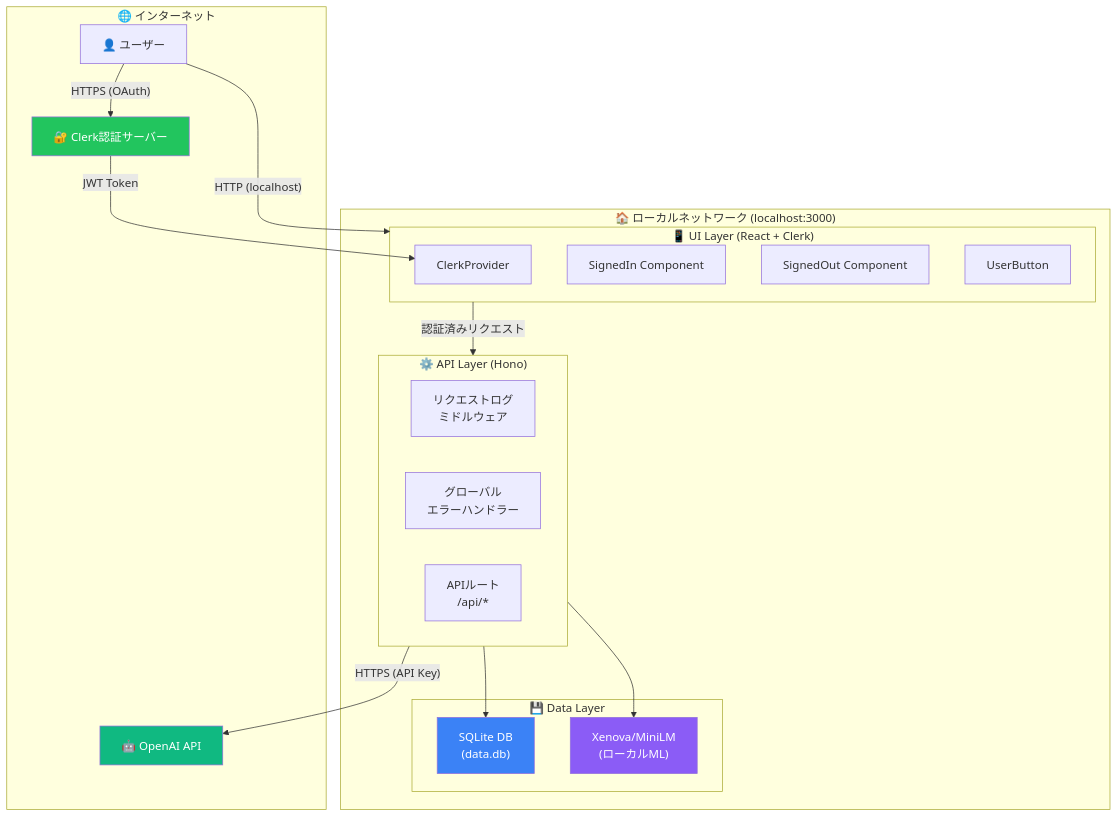
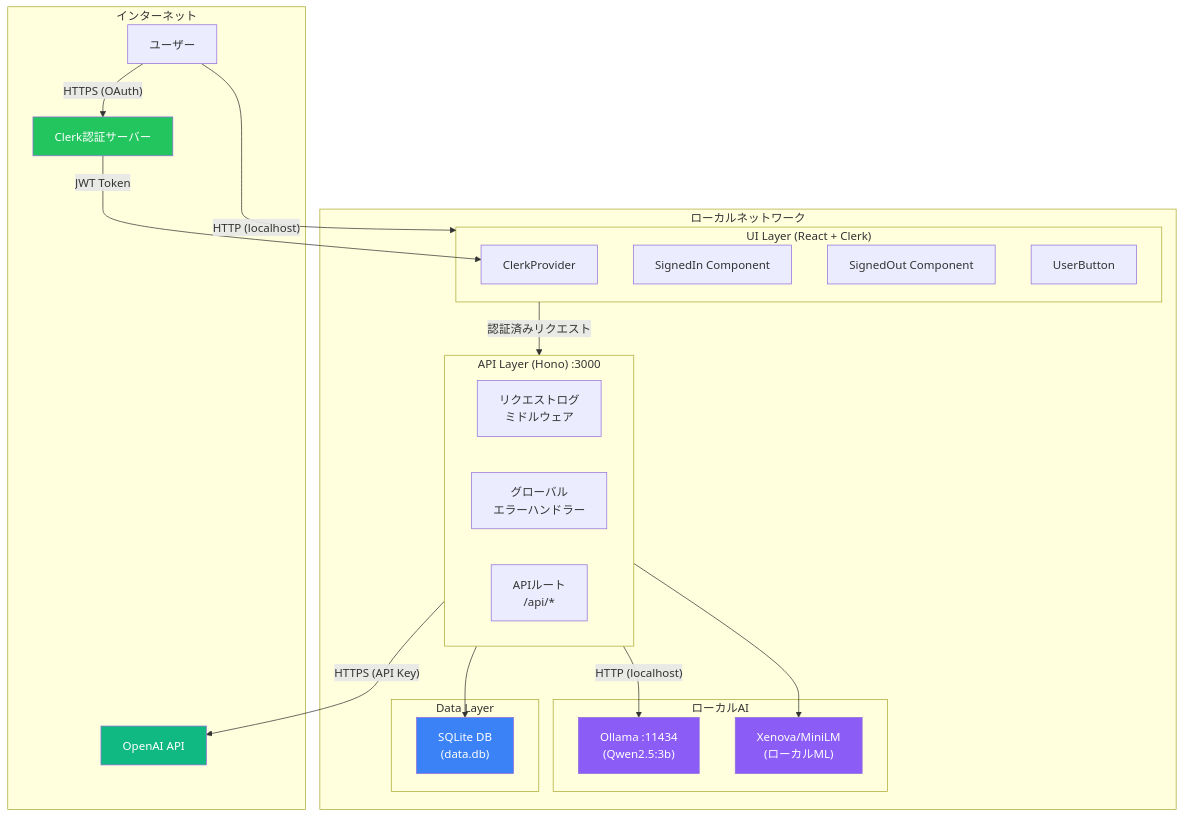
One commit to tamai-hideyuki/brain-cabinet changed the first of 7 diagrams in docs/security-diagram.md. Above: the diagram before and after it, drawn with Mermaid. The commit also changed other lines of this file and 19 other files, not shown here.

````diff
--- a/docs/security-diagram.md
+++ b/docs/security-diagram.md
@@ -15,41 +17,47 @@
 ```mermaid
 flowchart TB
-    subgraph Internet["🌐 インターネット"]
-        User["👤 ユーザー"]
-        ClerkAuth["🔐 Clerk認証サーバー"]
-        OpenAI["🤖 OpenAI API"]
+    subgraph Internet["インターネット"]
+        User["ユーザー"]
+        ClerkAuth["Clerk認証サーバー"]
+        OpenAI["OpenAI API"]
     end
 
-    subgraph LocalNetwork["🏠 ローカルネットワーク (localhost:3000)"]
-        subgraph UI["📱 UI Layer (React + Clerk)"]
+    subgraph LocalNetwork["ローカルネットワーク"]
+        subgraph UI["UI Layer (React + Clerk)"]
             ClerkProvider["ClerkProvider"]
             SignedIn["SignedIn Component"]
             SignedOut["SignedOut Component"]
             UserButton["UserButton"]
         end
 
-        subgraph API["⚙️ API Layer (Hono)"]
+        subgraph API["API Layer (Hono) :3000"]
             Middleware["リクエストログ\nミドルウェア"]
             ErrorHandler["グローバル\nエラーハンドラー"]
             Routes["APIルート\n/api/*"]
         end
 
-        subgraph Data["💾 Data Layer"]
+        subgraph LocalAI["ローカルAI"]
+            Ollama["Ollama :11434\n(Qwen2.5:3b)"]
+            LocalML["Xenova/MiniLM\n(ローカルML)"]
+        end
+
+        subgraph Data["Data Layer"]
             SQLite["SQLite DB\n(data.db)"]
-            LocalML["Xenova/MiniLM\n(ローカルML)"]
         end
     end
 
     User -->|"HTTPS (OAuth)"| ClerkAuth
     ClerkAuth -->|"JWT Token"| ClerkProvider
     User -->|"HTTP (localhost)"| UI
     UI -->|"認証済みリクエスト"| API
     API -->|"HTTPS (API Key)"| OpenAI
+    API -->|"HTTP (localhost)"| Ollama
+    API --> LocalML
     API --> SQLite
-    API --> LocalML
 
     style ClerkAuth fill:#22c55e,color:#fff
     style OpenAI fill:#10b981,color:#fff
+    style Ollama fill:#8b5cf6,color:#fff
     style SQLite fill:#3b82f6,color:#fff
     style LocalML fill:#8b5cf6,color:#fff
 ```
````
